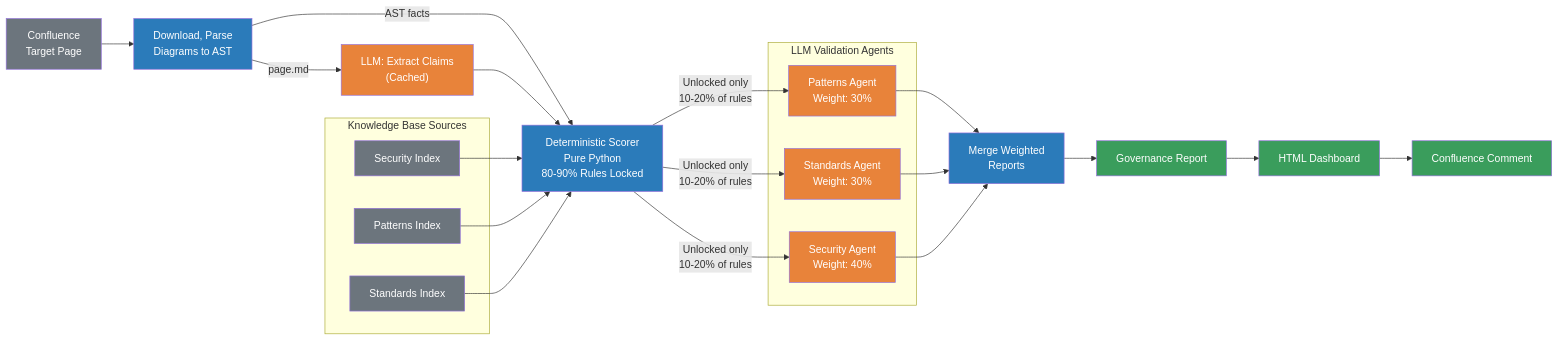
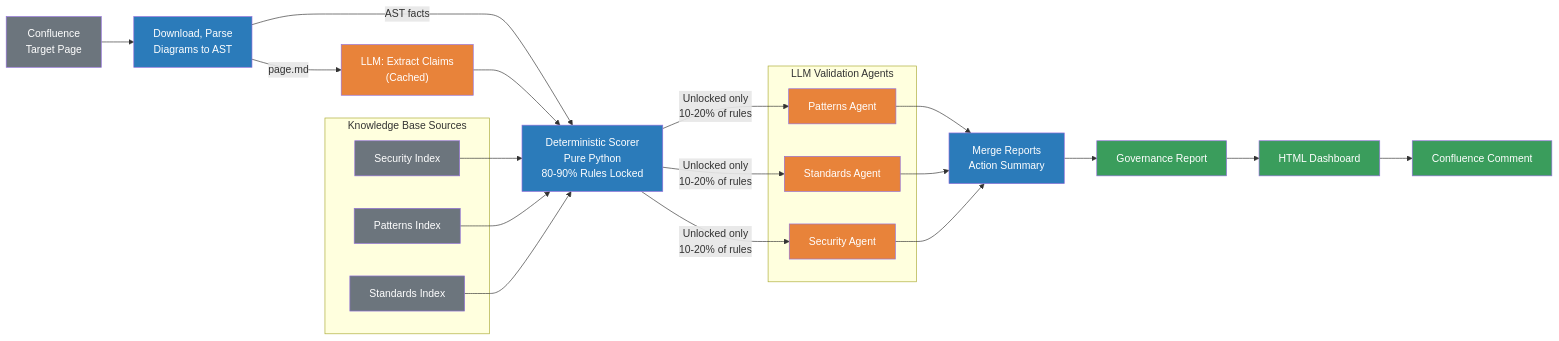
One commit to byrash/architecture-governance changed the sixth of 6 diagrams in flow.md. Above: the diagram before and after it, drawn with Mermaid. The commit also changed other lines of this file and 33 other files, not shown here.

````diff
--- a/flow.md
+++ b/flow.md
@@ -442,42 +444,42 @@
 ```mermaid
 flowchart LR
     classDef input fill:#6c757d,color:#fff
     classDef det fill:#2b7bba,color:#fff
     classDef llm fill:#e8833a,color:#fff
     classDef output fill:#3a9d5c,color:#fff
 
     TARGET["Confluence<br/>Target Page"]:::input
 
     DL["Download, Parse<br/>Diagrams to AST"]:::det
 
     subgraph kb [Knowledge Base Sources]
         SEC_KB["Security Index"]:::input
         PAT_KB["Patterns Index"]:::input
         STD_KB["Standards Index"]:::input
     end
 
     CLAIMS["LLM: Extract Claims<br/>(Cached)"]:::llm
 
     SCORER["Deterministic Scorer<br/>Pure Python<br/>80-90% Rules Locked"]:::det
 
     subgraph agents [LLM Validation Agents]
-        PAT["Patterns Agent<br/>Weight: 30%"]:::llm
-        STD["Standards Agent<br/>Weight: 30%"]:::llm
-        SEC["Security Agent<br/>Weight: 40%"]:::llm
+        PAT["Patterns Agent"]:::llm
+        STD["Standards Agent"]:::llm
+        SEC["Security Agent"]:::llm
     end
 
-    MERGE["Merge Weighted<br/>Reports"]:::det
+    MERGE["Merge Reports<br/>Action Summary"]:::det
 
     REPORT["Governance Report"]:::output
     HTML["HTML Dashboard"]:::output
     CONFPOST["Confluence Comment"]:::output
 
     TARGET --> DL
     DL -->|"page.md"| CLAIMS
     DL -->|"AST facts"| SCORER
     CLAIMS --> SCORER
     SEC_KB & PAT_KB & STD_KB --> SCORER
     SCORER -->|"Unlocked only<br/>10-20% of rules"| PAT & STD & SEC
     PAT & STD & SEC --> MERGE
     MERGE --> REPORT --> HTML --> CONFPOST
 ```
````
